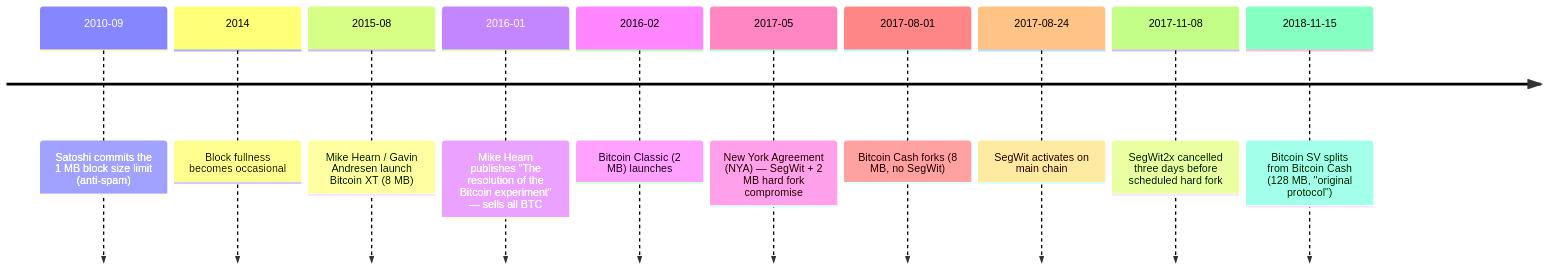
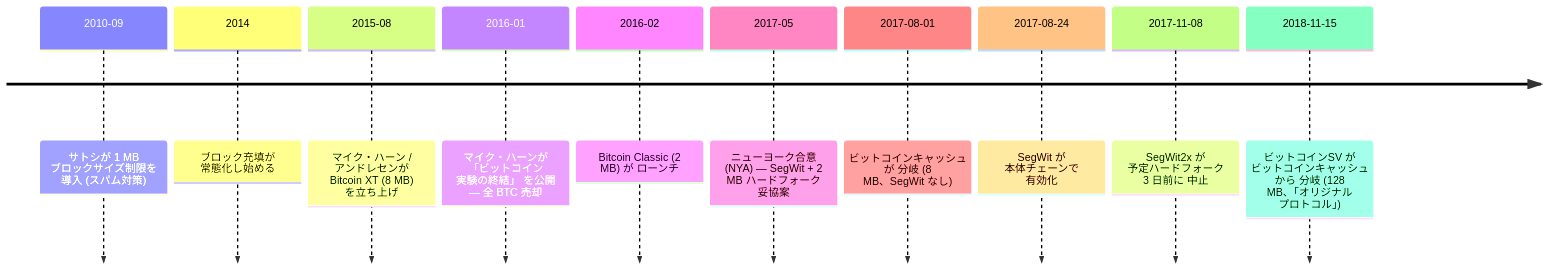
Before and after one commit to cypher256/BitcoinArchive: the diagram in src/data/translations/ja/analysis/2008-10-31-bitcoin-fork-and-altcoin-genealogy.md, drawn with Mermaid. The commit also changed other lines of this file and 33 other files, not shown here.

````diff
--- a/src/data/translations/ja/analysis/2008-10-31-bitcoin-fork-and-altcoin-genealogy.md
+++ b/src/data/translations/ja/analysis/2008-10-31-bitcoin-fork-and-altcoin-genealogy.md
@@ -112,20 +112,20 @@
 ```mermaid
 timeline
-    2010-09 : Satoshi commits the 1 MB block size limit (anti-spam)
+    2010-09 : サトシが 1 MB ブロックサイズ制限を 導入 (スパム対策)
     %% link: /BitcoinArchive/ja/entries/forum/bitcointalk/topic-1347/2010-10-03-re-increase-block-size-limit/
-    2014    : Block fullness becomes occasional
-    2015-08 : Mike Hearn / Gavin Andresen launch Bitcoin XT (8 MB)
+    2014    : ブロック充填が 常態化し始める
+    2015-08 : マイク・ハーン / アンドレセンが Bitcoin XT (8 MB) を立ち上げ
     %% link: /BitcoinArchive/ja/entries/aftermath/2015-08-15-bitcoin-xt-launch/
-    2016-01 : Mike Hearn publishes "The resolution of the Bitcoin experiment" — sells all BTC
+    2016-01 : マイク・ハーンが 「ビットコイン 実験の終結」 を公開 — 全 BTC 売却
     %% link: /BitcoinArchive/ja/entries/aftermath/2016-01-14-mike-hearn-resolution-bitcoin-experiment/
-    2016-02 : Bitcoin Classic (2 MB) launches
-    2017-05 : New York Agreement (NYA) — SegWit + 2 MB hard fork compromise
-    2017-08-01 : Bitcoin Cash forks (8 MB, no SegWit)
+    2016-02 : Bitcoin Classic (2 MB) が ローンチ
+    2017-05 : ニューヨーク合意 (NYA) — SegWit + 2 MB ハードフォーク 妥協案
+    2017-08-01 : ビットコインキャッシュ が 分岐 (8 MB、SegWit なし)
     %% link: /BitcoinArchive/ja/entries/aftermath/2017-08-01-bitcoin-cash-fork/
-    2017-08-24 : SegWit activates on main chain
+    2017-08-24 : SegWit が 本体チェーンで 有効化
     %% link: /BitcoinArchive/ja/entries/bip/2015-12-21-bip-0141/
-    2017-11-08 : SegWit2x cancelled three days before scheduled hard fork
+    2017-11-08 : SegWit2x が 予定ハードフォーク 3 日前に 中止
     %% link: /BitcoinArchive/ja/entries/aftermath/2017-11-08-segwit2x-cancellation/
-    2018-11-15 : Bitcoin SV splits from Bitcoin Cash (128 MB, "original protocol")
+    2018-11-15 : ビットコインSV が ビットコインキャッシュ から 分岐 (128 MB、「オリジナル プロトコル」)
     %% link: /BitcoinArchive/ja/entries/aftermath/2018-11-15-bitcoin-sv-fork/
 ```
````
